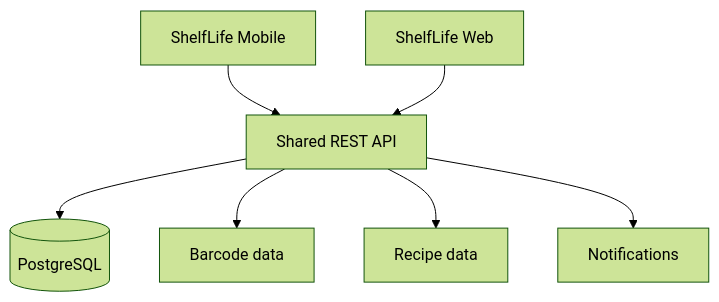
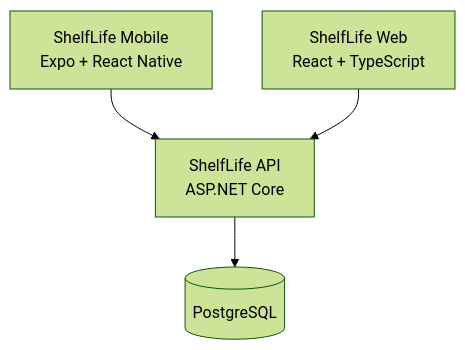
The diagram in README.md (ZinhleHlongwane/ShelfLife-MobileApp), drawn with Mermaid (forest theme) before and after one commit. The commit also changed other lines of this file, not shown here.

Commit message:
Document shared API integration for ShelfLife Mobile

````diff
--- a/README.md
+++ b/README.md
@@ -84,12 +22,6 @@
 ```mermaid
 flowchart TD
-
-  M["ShelfLife Mobile"] --> API["Shared REST API"]
-  W["ShelfLife Web"] --> API
-
-  API --> DB[("PostgreSQL")]
-
-  API --> B["Barcode data"]
-  API --> R["Recipe data"]
-  API --> N["Notifications"]
+    Mobile["ShelfLife Mobile<br/>Expo + React Native"] --> API["ShelfLife API<br/>ASP.NET Core"]
+    Web["ShelfLife Web<br/>React + TypeScript"] --> API
+    API --> DB[("PostgreSQL")]
 ```
````
